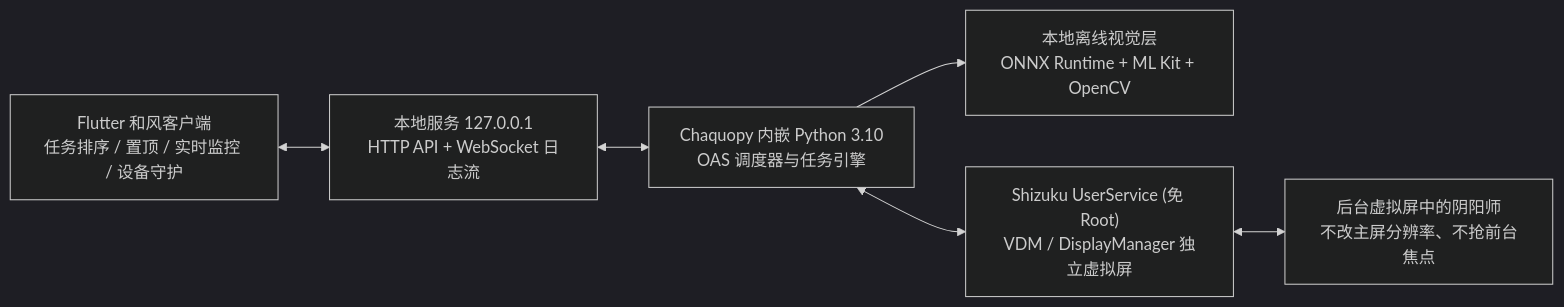
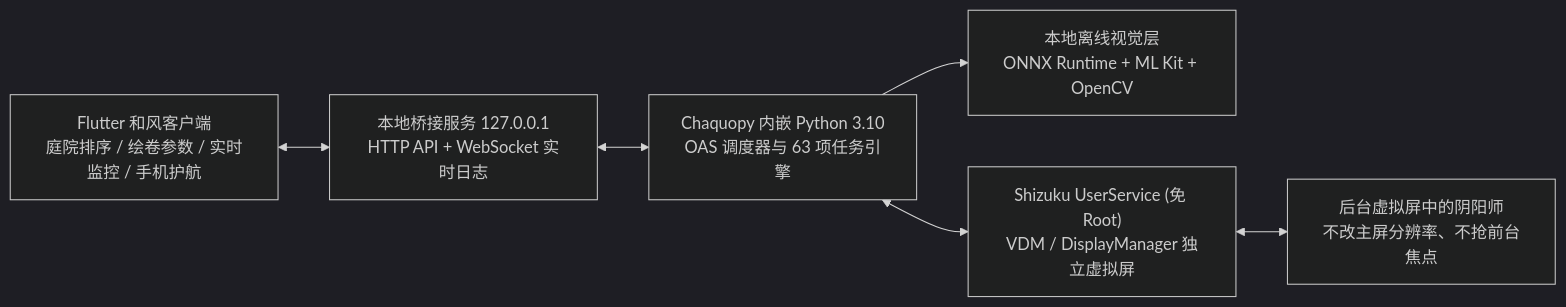
One commit to Jacklove331-source/OnmyojiAutoScript-All changed the diagram in README.md. Above: the diagram before and after it, drawn with Mermaid (dark theme). The commit also changed other lines of this file and 6232 other files, not shown here.

````diff
--- a/README.md
+++ b/README.md
@@ -34,15 +47,15 @@
 ```mermaid
 flowchart LR
-    UI["Flutter 和风客户端<br/>任务排序 / 置顶 / 实时监控 / 设备守护"]
-    HTTP["本地服务 127.0.0.1<br/>HTTP API + WebSocket 日志流"]
-    PY["Chaquopy 内嵌 Python 3.10<br/>OAS 调度器与任务引擎"]
+    UI["Flutter 和风客户端<br/>庭院排序 / 绘卷参数 / 实时监控 / 手机护航"]
+    HTTP["本地桥接服务 127.0.0.1<br/>HTTP API + WebSocket 实时日志"]
+    PY["Chaquopy 内嵌 Python 3.10<br/>OAS 调度器与 63 项任务引擎"]
     OCR["本地离线视觉层<br/>ONNX Runtime + ML Kit + OpenCV"]
     SHZ["Shizuku UserService (免 Root)<br/>VDM / DisplayManager 独立虚拟屏"]
     GAME["后台虚拟屏中的阴阳师<br/>不改主屏分辨率、不抢前台焦点"]
 
     UI <--> HTTP
     HTTP <--> PY
     PY --> OCR
     PY <--> SHZ
     SHZ <--> GAME
 ```
````
